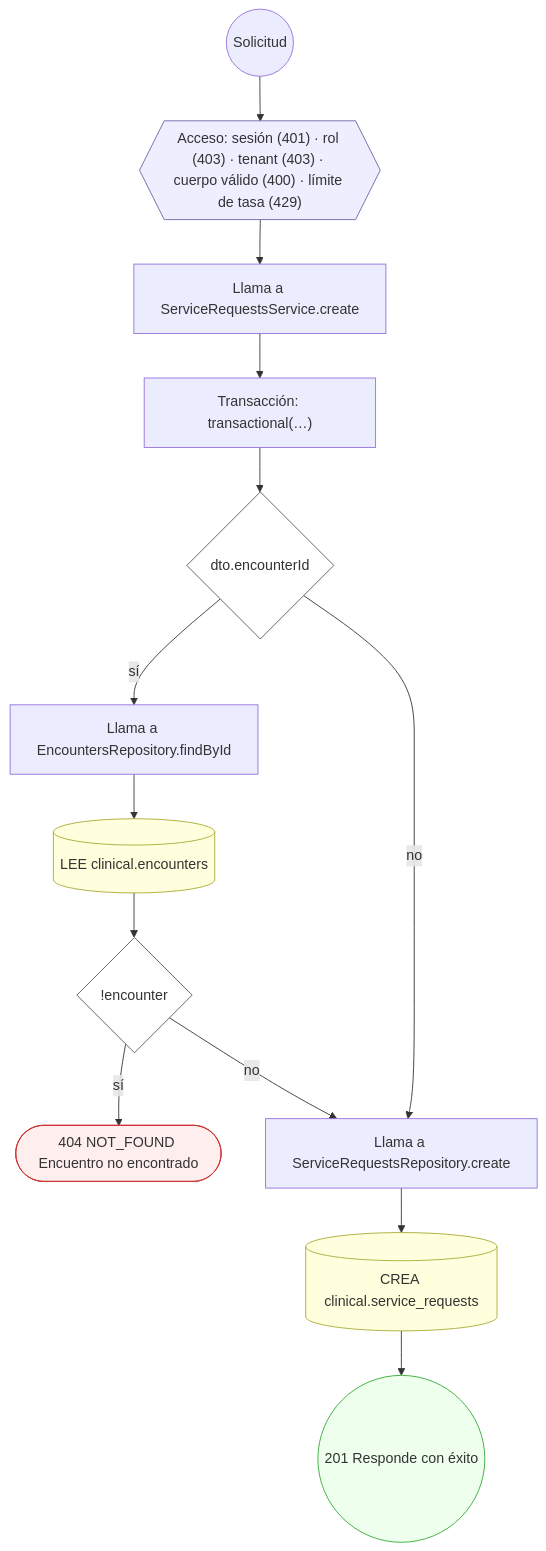
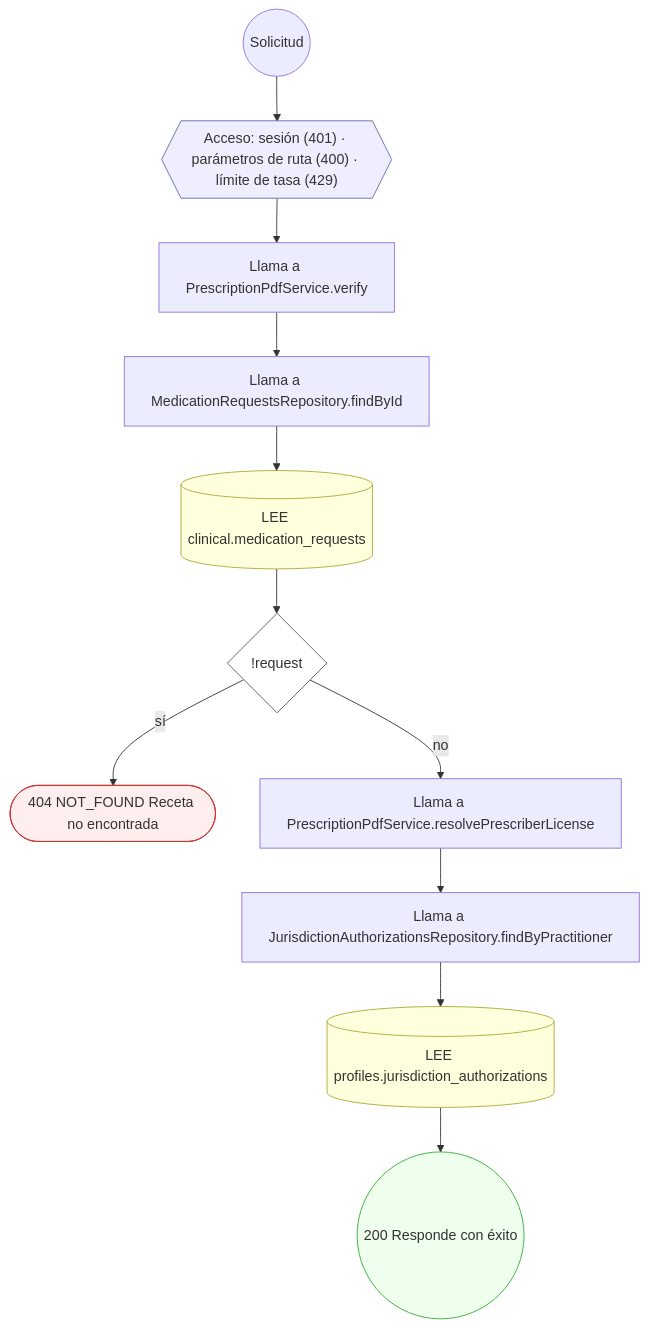
Diagram 39 of 39 in docs/inventario/flujos/clinical.md (mdavila-2001/mantra-core-health-api), drawn with Mermaid before and after one commit. The commit also changed other lines of this file and 451 other files, not shown here.

````diff
--- a/docs/inventario/flujos/clinical.md
+++ b/docs/inventario/flujos/clinical.md
@@ -2127,33 +3911,30 @@
 ```mermaid
 flowchart TD
   n1(("Solicitud")):::inicio
-  n2{{"Acceso: sesión (401) · rol (403) · tenant (403) · cuerpo válido (400) · límite de tasa (429)"}}:::acceso
+  n2{{"Acceso: sesión (401) · parámetros de ruta (400) · límite de tasa (429)"}}:::acceso
   n1 --> n2
-  n3["Llama a ServiceRequestsService.create"]:::llamada
+  n3["Llama a PrescriptionPdfService.verify"]:::llamada
   n2 --> n3
-  n4["Transacción: transactional(…)"]:::transaccion
+  n4["Llama a MedicationRequestsRepository.findById"]:::llamada
   n3 --> n4
-  n5{"dto.encounterId"}:::decision
+  n5[("LEE clinical.medication_requests")]:::efecto
   n4 --> n5
-  n6["Llama a EncountersRepository.findById"]:::llamada
-  n5 -->|"sí"| n6
-  n7[("LEE clinical.encounters")]:::efecto
-  n6 --> n7
-  n8{"!encounter"}:::decision
-  n7 --> n8
-  n9(["404 NOT_FOUND Encuentro no encontrado"]):::error
-  n8 -->|"sí"| n9
-  n10["Llama a ServiceRequestsRepository.create"]:::llamada
-  n8 -->|"no"| n10
-  n5 -->|"no"| n10
-  n11[("CREA clinical.service_requests")]:::efecto
+  n6{"!request"}:::decision
+  n5 --> n6
+  n7(["404 NOT_FOUND Receta no encontrada"]):::error
+  n6 -->|"sí"| n7
+  n8["Llama a PrescriptionPdfService.resolvePrescriberLicense"]:::llamada
+  n6 -->|"no"| n8
+  n9["Llama a JurisdictionAuthorizationsRepository.findByPractitioner"]:::llamada
+  n8 --> n9
+  n10[("LEE profiles.jurisdiction_authorizations")]:::efecto
+  n9 --> n10
+  n11(("200 Responde con éxito")):::ok
   n10 --> n11
-  n12(("201 Responde con éxito")):::ok
-  n11 --> n12
   classDef acceso fill:#eef,stroke:#66a
   classDef error fill:#fee,stroke:#c33
   classDef ok fill:#efe,stroke:#3a3
   classDef efecto fill:#ffd,stroke:#aa3
   classDef decision fill:#fff,stroke:#555
   classDef corte fill:#eee,stroke:#999,stroke-dasharray: 4
 ```
````
